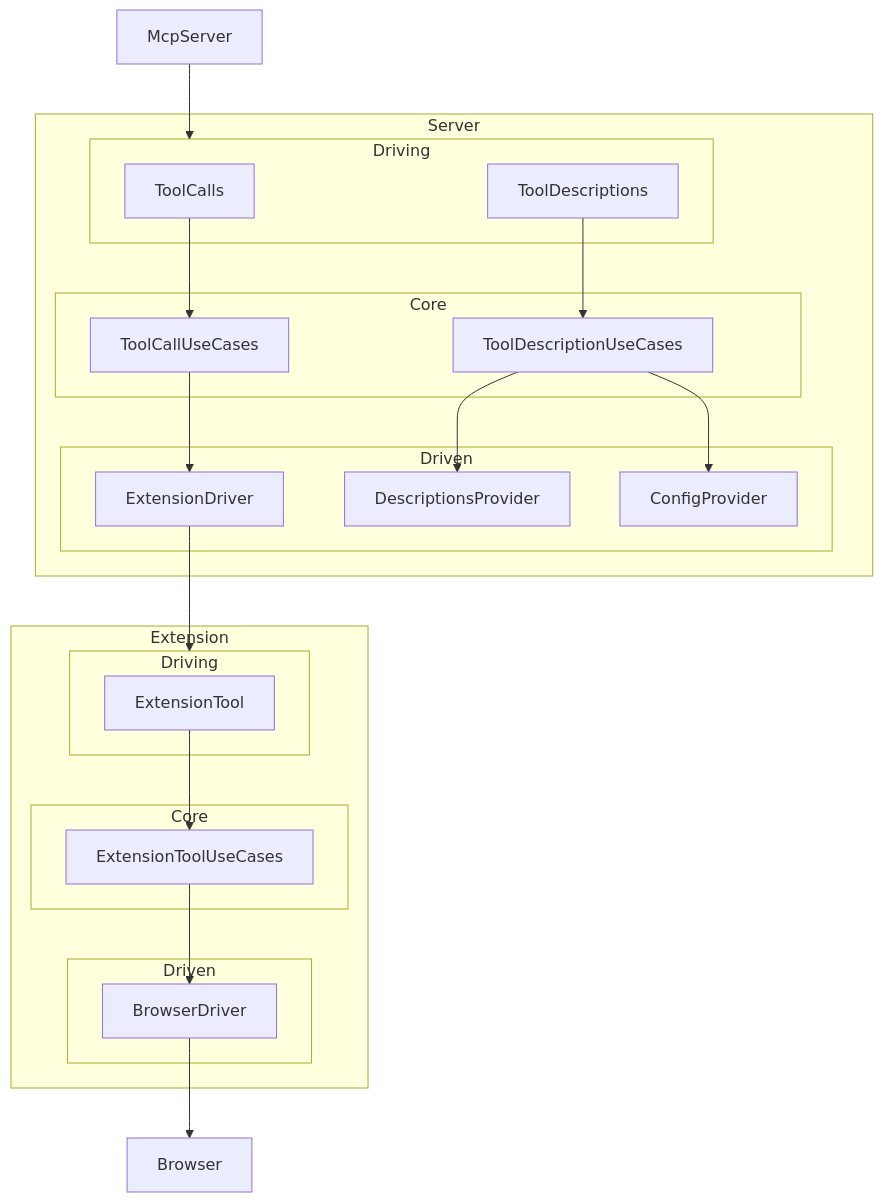
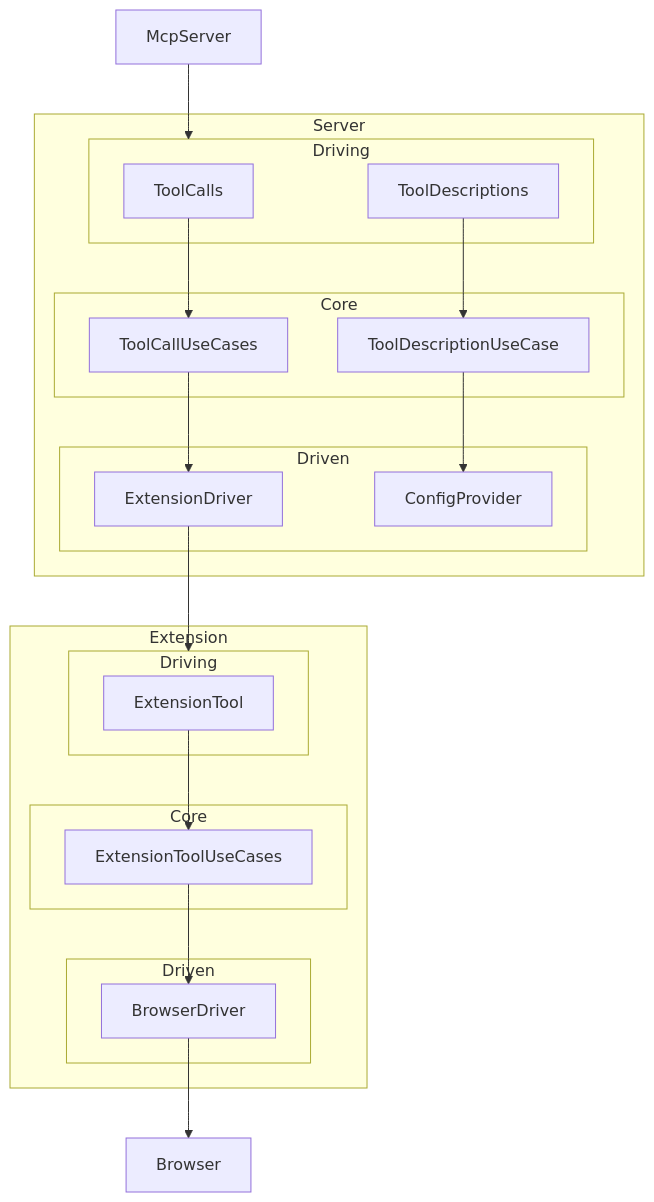
The first of 2 diagrams in docs/architecture.md (ndthanhdev/mcp-browser-kit), drawn with Mermaid before and after one commit. The commit also changed 23 other files, not shown here.

````diff
--- a/docs/architecture.md
+++ b/docs/architecture.md
@@ -6,51 +6,49 @@
 ```mermaid
 flowchart TD
   McpServer
 
   subgraph Server
     subgraph ServerDriving["Driving"]
       ToolCalls 
       ToolDescriptions
     end
     subgraph ServerCore["Core"]
       ToolCallUseCases
-      ToolDescriptionUseCases
+      ToolDescriptionUseCase
     end
 
     
     subgraph ServerDriven["Driven"]
       ExtensionDriver
-      DescriptionsProvider
       ConfigProvider["ConfigProvider"]
     end
 
     ToolCalls --> ToolCallUseCases
     ToolCallUseCases --> ExtensionDriver
-    ToolDescriptions --> ToolDescriptionUseCases
-    ToolDescriptionUseCases --> DescriptionsProvider
-    ToolDescriptionUseCases --> ConfigProvider
+    ToolDescriptions --> ToolDescriptionUseCase
+    ToolDescriptionUseCase --> ConfigProvider
   end
 
   McpServer-->ServerDriving
 
   subgraph Extension
     subgraph ExtensionDriving["Driving"]
       ExtensionTool
     end
 
     subgraph ExtensionCore["Core"]
       ExtensionToolUseCases
     end
     subgraph ExtensionDriven["Driven"]
       BrowserDriver
     end
 
     ExtensionTool --> ExtensionToolUseCases
     ExtensionToolUseCases -->BrowserDriver
   end
 
   Browser
 
   ExtensionDriver --> ExtensionDriving
   BrowserDriver --> Browser
 ```
````
